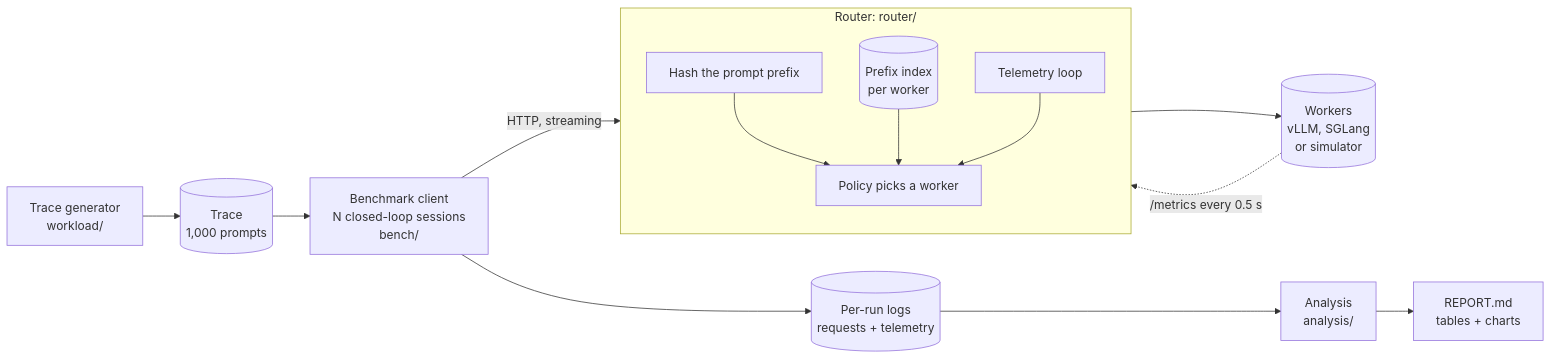
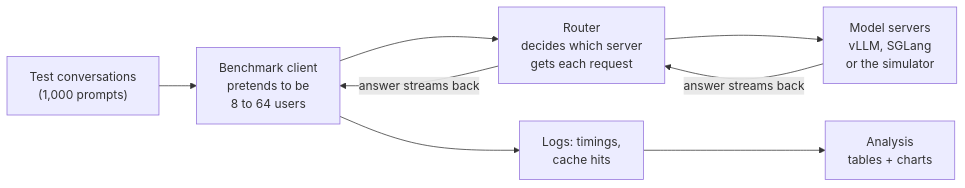
One commit to Swapnil99007/disaggregated-serving-kv-cache-benchmarking changed the fourth of 9 diagrams in docs/PROJECT_EXPLAINED.md. Above: the diagram before and after it, drawn with Mermaid. The commit also changed other lines of this file, not shown here.

First line of the commit message:
docs: rewrite Level 3 of the explainer around one example request

````diff
--- a/docs/PROJECT_EXPLAINED.md
+++ b/docs/PROJECT_EXPLAINED.md
@@ -236,16 +241,10 @@
 ```mermaid
 flowchart LR
-    GEN["Trace generator<br/>workload/"] --> TR[("Trace<br/>1,000 prompts")]
-    TR --> CL["Benchmark client<br/>N closed-loop sessions<br/>bench/"]
-    CL -->|"HTTP, streaming"| H
-    subgraph RT["Router: router/"]
-        direction TB
-        H["Hash the prompt prefix"] --> P["Policy picks a worker"]
-        I[("Prefix index<br/>per worker")] --> P
-        M["Telemetry loop"] --> P
-    end
-    P --> W[("Workers<br/>vLLM, SGLang<br/>or simulator")]
-    W -.->|"/metrics every 0.5 s"| M
-    CL --> LOGS[("Per-run logs<br/>requests + telemetry")]
-    LOGS --> AN["Analysis<br/>analysis/"] --> REP["REPORT.md<br/>tables + charts"]
+    T["Test conversations<br/>(1,000 prompts)"] --> C["Benchmark client<br/>pretends to be<br/>8 to 64 users"]
+    C --> R["Router<br/>decides which server<br/>gets each request"]
+    R --> S["Model servers<br/>vLLM, SGLang<br/>or the simulator"]
+    S -->|"answer streams back"| R
+    R -->|"answer streams back"| C
+    C --> L["Logs: timings,<br/>cache hits"]
+    L --> A["Analysis<br/>tables + charts"]
 ```
````
